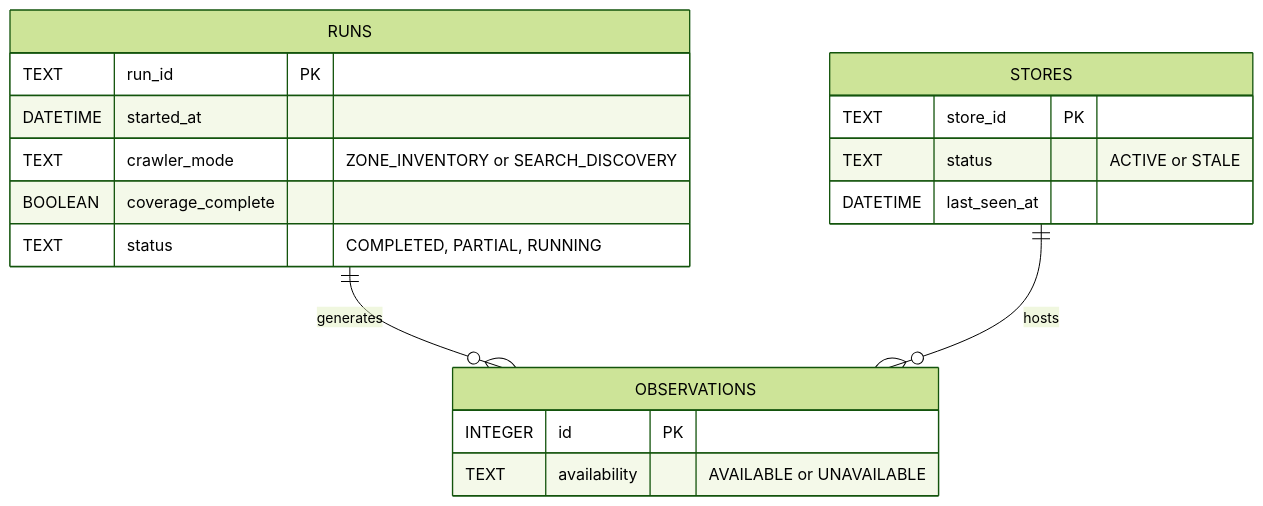
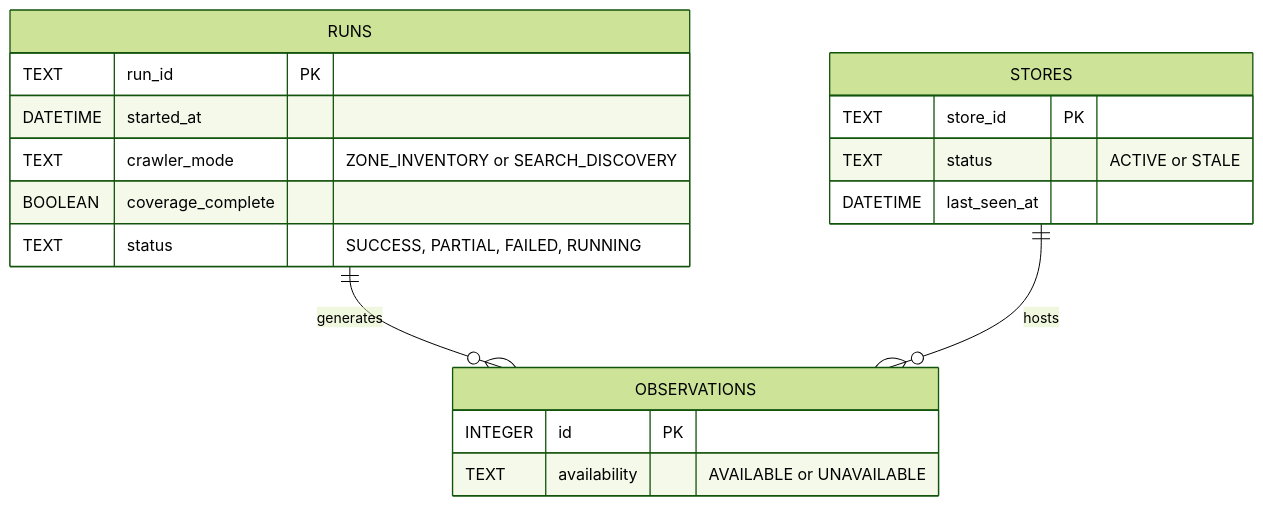
The second of 2 diagrams in docs/catalog-sync.md (yorologo/DealHunter), drawn with Mermaid (forest theme) before and after one commit. The commit also changed other lines of this file and 20 other files, not shown here.

````diff
--- a/docs/catalog-sync.md
+++ b/docs/catalog-sync.md
@@ -27,21 +27,21 @@
 ```mermaid
 erDiagram
     RUNS {
         TEXT run_id PK
         DATETIME started_at
         TEXT crawler_mode "ZONE_INVENTORY or SEARCH_DISCOVERY"
         BOOLEAN coverage_complete
-        TEXT status "COMPLETED, PARTIAL, RUNNING"
+        TEXT status "SUCCESS, PARTIAL, FAILED, RUNNING"
     }
     STORES {
         TEXT store_id PK
         TEXT status "ACTIVE or STALE"
         DATETIME last_seen_at
     }
     OBSERVATIONS {
         INTEGER id PK
         TEXT availability "AVAILABLE or UNAVAILABLE"
     }
     RUNS ||--o{ OBSERVATIONS : "generates"
     STORES ||--o{ OBSERVATIONS : "hosts"
 ```
````
